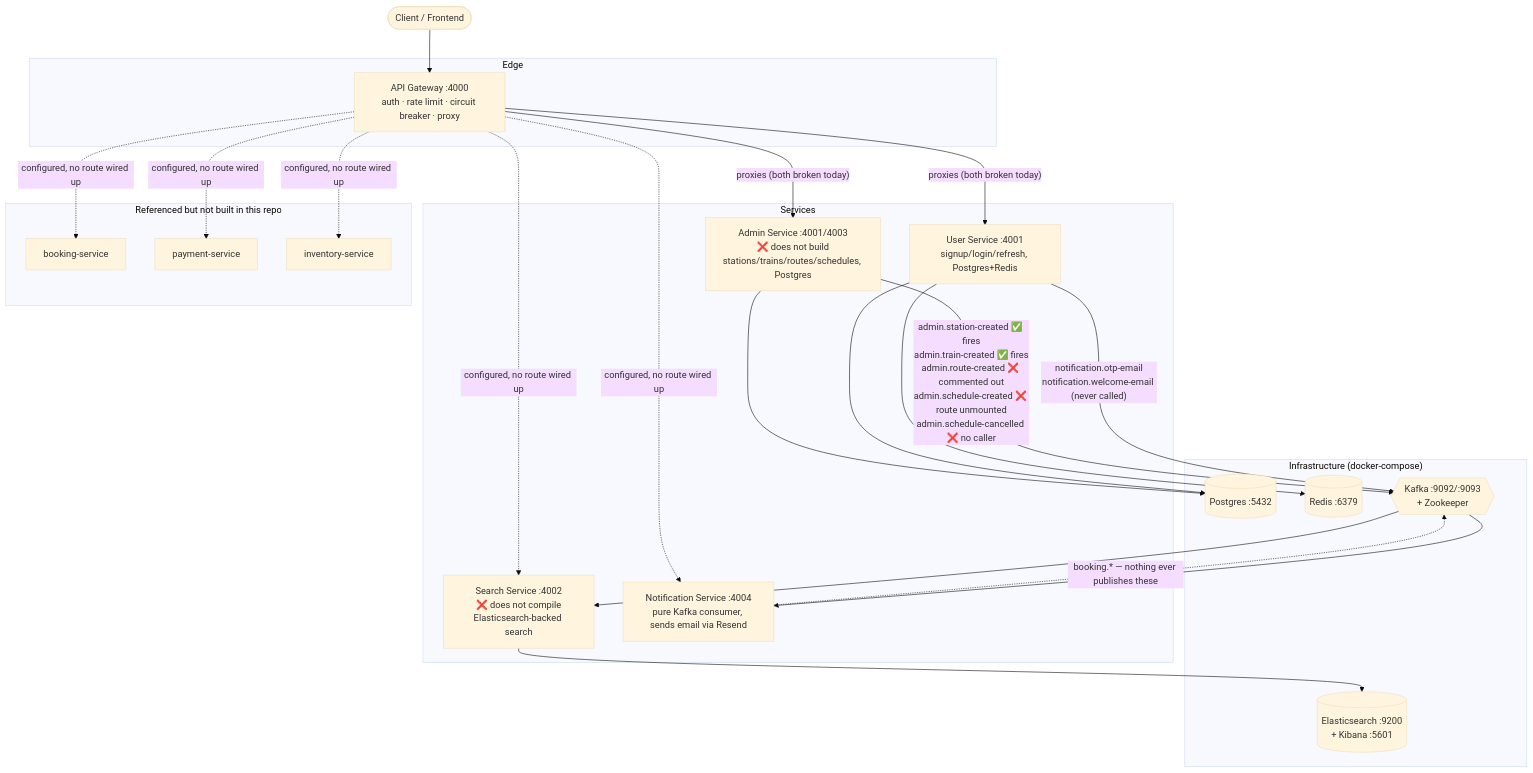
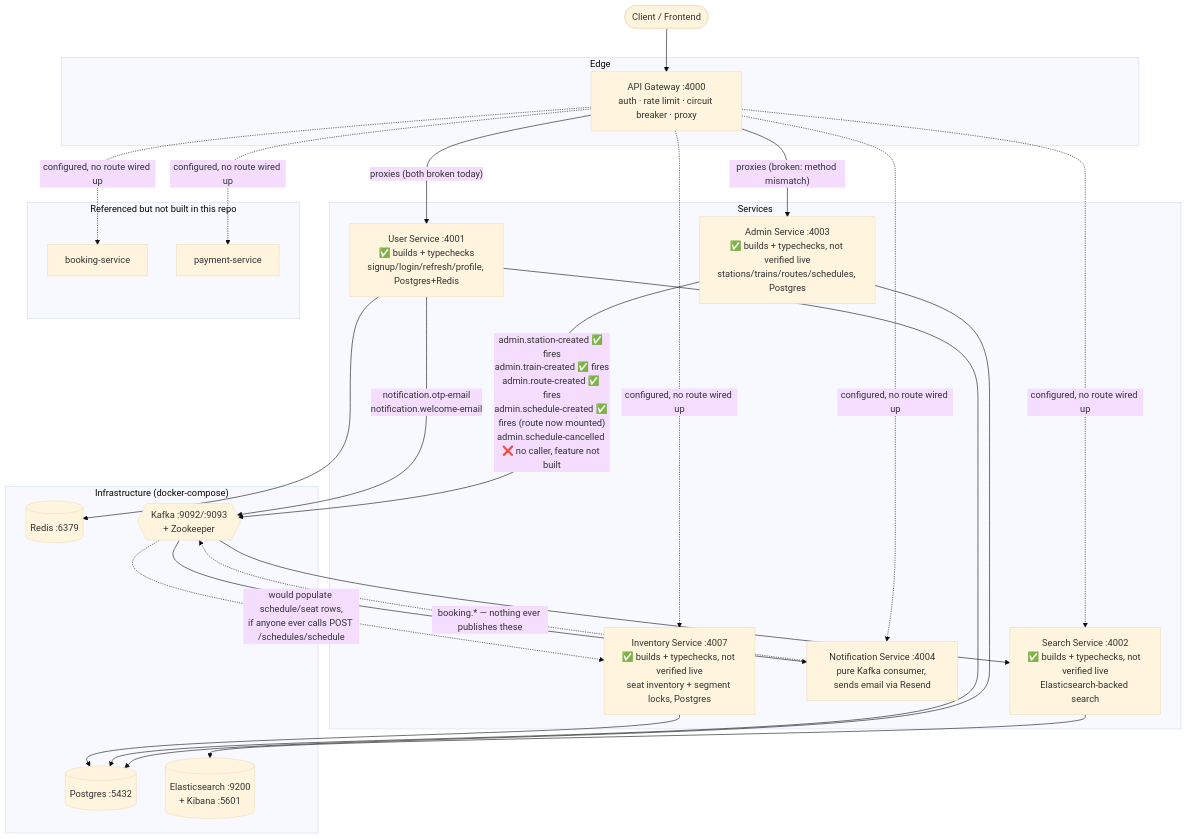
One commit to jstgrowup/System-Design changed the diagram in IRCTC/docs/implementation-plan.md. Above: the diagram before and after it, drawn with Mermaid (base theme). The commit also changed other lines of this file and 65 other files, not shown here.

First line of the commit message:
feat(inventory-service): initialize database schema and add seat inventory management

````diff
--- a/IRCTC/docs/implementation-plan.md
+++ b/IRCTC/docs/implementation-plan.md
@@ -58,47 +60,49 @@
 ```mermaid
 flowchart TB
     Client(["Client / Frontend"])
 
     subgraph Edge["Edge"]
         GW["API Gateway :4000<br/>auth · rate limit · circuit breaker · proxy"]
     end
 
     subgraph Services["Services"]
-        US["User Service :4001<br/>signup/login/refresh, Postgres+Redis"]
-        AS["Admin Service :4001/4003<br/>❌ does not build<br/>stations/trains/routes/schedules, Postgres"]
-        SS["Search Service :4002<br/>❌ does not compile<br/>Elasticsearch-backed search"]
+        US["User Service :4001<br/>✅ builds + typechecks<br/>signup/login/refresh/profile, Postgres+Redis"]
+        AS["Admin Service :4003<br/>✅ builds + typechecks, not verified live<br/>stations/trains/routes/schedules, Postgres"]
+        SS["Search Service :4002<br/>✅ builds + typechecks, not verified live<br/>Elasticsearch-backed search"]
         NS["Notification Service :4004<br/>pure Kafka consumer, sends email via Resend"]
+        IS["Inventory Service :4007<br/>✅ builds + typechecks, not verified live<br/>seat inventory + segment locks, Postgres"]
     end
 
     subgraph NotBuilt["Referenced but not built in this repo"]
         BS["booking-service"]
         PS["payment-service"]
-        IS["inventory-service"]
     end
 
     subgraph Infra["Infrastructure (docker-compose)"]
         PG[("Postgres :5432")]
         RD[("Redis :6379")]
         KF{{"Kafka :9092/:9093<br/>+ Zookeeper"}}
         ES[("Elasticsearch :9200<br/>+ Kibana :5601")]
     end
 
     Client --> GW
     GW -- "proxies (both broken today)" --> US
-    GW -- "proxies (both broken today)" --> AS
+    GW -- "proxies (broken: method mismatch)" --> AS
     GW -.->|"configured, no route wired up"| SS
     GW -.->|"configured, no route wired up"| NS
+    GW -.->|"configured, no route wired up"| IS
     GW -.->|"configured, no route wired up"| BS
     GW -.->|"configured, no route wired up"| PS
-    GW -.->|"configured, no route wired up"| IS
+    IS --> PG
+    KF -.->|"would populate schedule/seat rows,<br/>if anyone ever calls POST /schedules/schedule"| IS
 
     US --> PG
     US --> RD
-    US -- "notification.otp-email<br/>notification.welcome-email (never called)" --> KF
+    US -- "notification.otp-email<br/>notification.welcome-email" --> KF
     AS --> PG
-    AS -- "admin.station-created ✅ fires<br/>admin.train-created ✅ fires<br/>admin.route-created ❌ commented out<br/>admin.schedule-created ❌ route unmounted<br/>admin.schedule-cancelled ❌ no caller" --> KF
+    AS -- "admin.station-created ✅ fires<br/>admin.train-created ✅ fires<br/>admin.route-created ✅ fires<br/>admin.schedule-created ✅ fires (route now mounted)<br/>admin.schedule-cancelled ❌ no caller, feature not built" --> KF
     KF --> SS
     SS --> ES
     KF --> NS
     NS -.->|"booking.* — nothing ever publishes these"| KF
 ```
````
